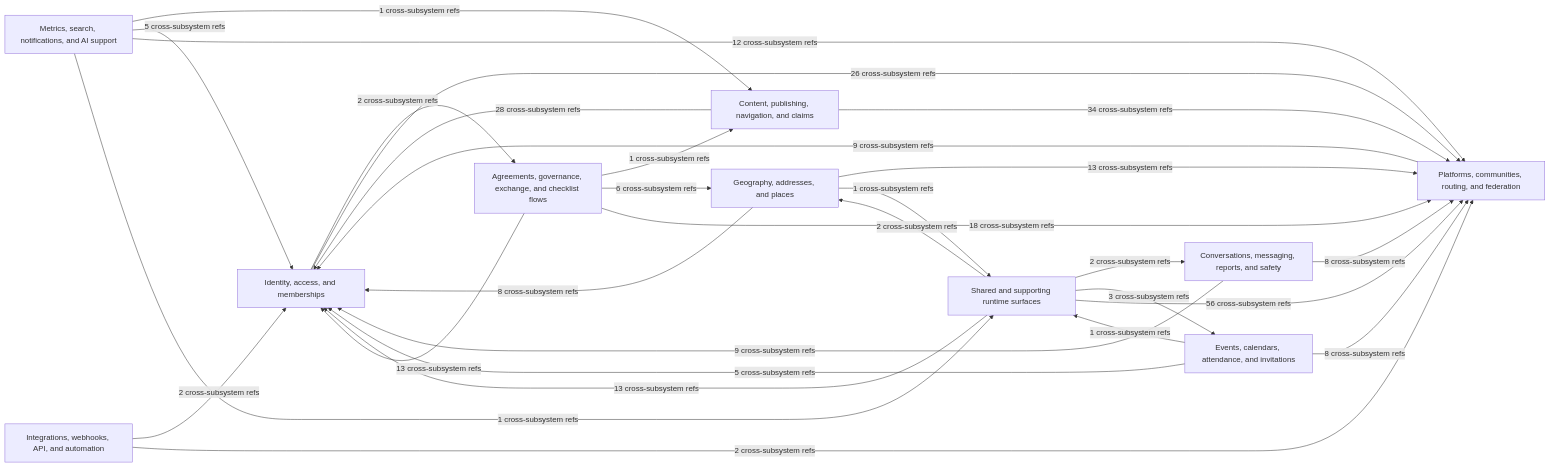
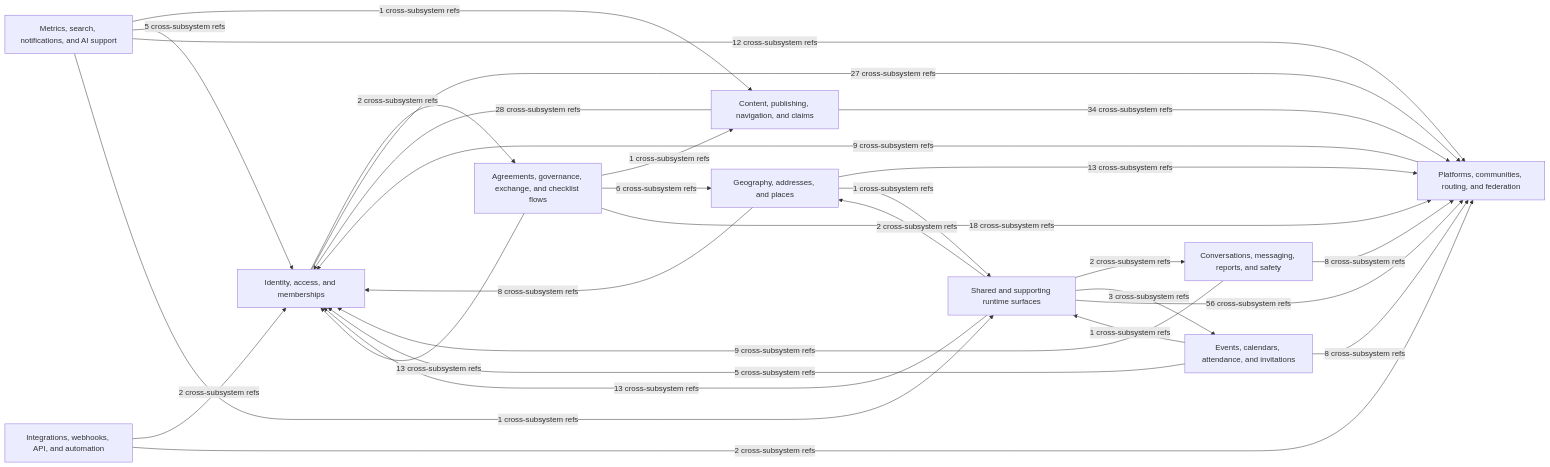
One commit to better-together-org/community-engine-rails changed the diagram in docs/diagrams/source/ce_subsystem_interaction_map.mmd. Above: the diagram before and after it, drawn with Mermaid. The commit also changed 24 other files, not shown here.

```diff
--- a/docs/diagrams/source/ce_subsystem_interaction_map.mmd
+++ b/docs/diagrams/source/ce_subsystem_interaction_map.mmd
@@ -1,41 +1,41 @@
 %% Generated by scripts/export_subsystem_diagrams.rb
 flowchart LR
   identity_access["Identity, access, and memberships"]
   platform_network["Platforms, communities, routing, and federation"]
   content_publishing["Content, publishing, navigation, and claims"]
   geography_and_places["Geography, addresses, and places"]
   events_calendar["Events, calendars, attendance, and invitations"]
   conversations_safety["Conversations, messaging, reports, and safety"]
   exchange_governance["Agreements, governance, exchange, and checklist flows"]
   metrics_search_ai["Metrics, search, notifications, and AI support"]
   integrations_webhooks["Integrations, webhooks, API, and automation"]
   shared_supporting["Shared and supporting runtime surfaces"]
 
   content_publishing -->|28 cross-subsystem refs| identity_access
   content_publishing -->|34 cross-subsystem refs| platform_network
   conversations_safety -->|9 cross-subsystem refs| identity_access
   conversations_safety -->|8 cross-subsystem refs| platform_network
   events_calendar -->|5 cross-subsystem refs| identity_access
   events_calendar -->|8 cross-subsystem refs| platform_network
   events_calendar -->|1 cross-subsystem refs| shared_supporting
   exchange_governance -->|1 cross-subsystem refs| content_publishing
   exchange_governance -->|6 cross-subsystem refs| geography_and_places
   exchange_governance -->|13 cross-subsystem refs| identity_access
   exchange_governance -->|18 cross-subsystem refs| platform_network
   geography_and_places -->|8 cross-subsystem refs| identity_access
   geography_and_places -->|13 cross-subsystem refs| platform_network
   geography_and_places -->|1 cross-subsystem refs| shared_supporting
   identity_access -->|2 cross-subsystem refs| exchange_governance
-  identity_access -->|26 cross-subsystem refs| platform_network
+  identity_access -->|27 cross-subsystem refs| platform_network
   integrations_webhooks -->|2 cross-subsystem refs| identity_access
   integrations_webhooks -->|2 cross-subsystem refs| platform_network
   metrics_search_ai -->|1 cross-subsystem refs| content_publishing
   metrics_search_ai -->|5 cross-subsystem refs| identity_access
   metrics_search_ai -->|12 cross-subsystem refs| platform_network
   metrics_search_ai -->|1 cross-subsystem refs| shared_supporting
   platform_network -->|9 cross-subsystem refs| identity_access
   shared_supporting -->|2 cross-subsystem refs| conversations_safety
   shared_supporting -->|3 cross-subsystem refs| events_calendar
   shared_supporting -->|2 cross-subsystem refs| geography_and_places
   shared_supporting -->|13 cross-subsystem refs| identity_access
   shared_supporting -->|56 cross-subsystem refs| platform_network
```
